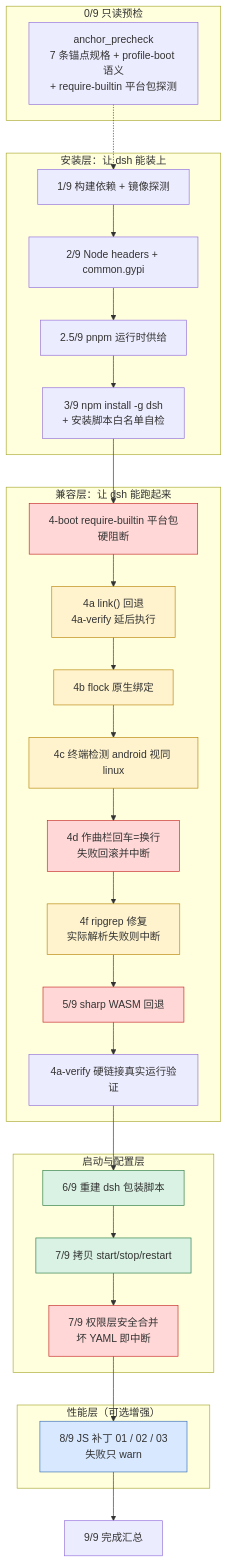
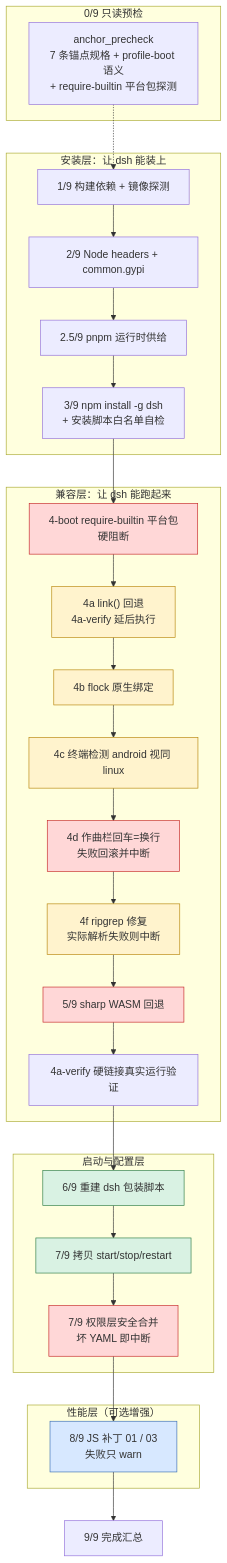
One commit to Xieansecn/deepseek-harness-android changed the first of 4 diagrams in REPORTS.md. Above: the diagram before and after it, drawn with Mermaid. The commit also changed other lines of this file and 17 other files, not shown here.

````diff
--- a/REPORTS.md
+++ b/REPORTS.md
@@ -365,43 +356,43 @@
 ```mermaid
 flowchart TD
     subgraph P0["0/9 只读预检"]
         A0["anchor_precheck<br/>7 条锚点规格 + profile-boot 语义<br/>+ require-builtin 平台包探测"]
     end
     subgraph INSTALL["安装层：让 dsh 能装上"]
         S1["1/9 构建依赖 + 镜像探测"]
         S2["2/9 Node headers + common.gypi"]
         S25["2.5/9 pnpm 运行时供给"]
         S3["3/9 npm install -g dsh<br/>+ 安装脚本白名单自检"]
     end
     subgraph COMPAT["兼容层：让 dsh 能跑起来"]
         S4A["4-boot require-builtin 平台包<br/>硬阻断"]
         S4B["4a link() 回退<br/>4a-verify 延后执行"]
         S4C["4b flock 原生绑定"]
         S4D["4c 终端检测 android 视同 linux"]
         S4E["4d 作曲栏回车=换行<br/>失败回滚并中断"]
         S4F["4f ripgrep 修复<br/>实际解析失败则中断"]
         S5["5/9 sharp WASM 回退"]
         S4V["4a-verify 硬链接真实运行验证"]
     end
     subgraph CFG["启动与配置层"]
         S6["6/9 重建 dsh 包装脚本"]
         S7A["7/9 拷贝 start/stop/restart"]
         S7B["7/9 权限层安全合并<br/>坏 YAML 即中断"]
     end
     subgraph PERF["性能层（可选增强）"]
-        S8["8/9 JS 补丁 01 / 02 / 03<br/>失败只 warn"]
+        S8["8/9 JS 补丁 01 / 03<br/>失败只 warn"]
     end
     S9["9/9 完成汇总"]
     A0 -.-> S1
     S1 --> S2 --> S25 --> S3 --> S4A --> S4B --> S4C --> S4D
     S4D --> S4E --> S4F --> S5 --> S4V --> S6 --> S7A --> S7B --> S8 --> S9
     classDef hard fill:#ffd7d7,stroke:#c62828,stroke-width:1px;
     classDef warn fill:#fff3cd,stroke:#b8860b,stroke-width:1px;
     classDef opt fill:#d7e8ff,stroke:#3b6fb6,stroke-width:1px;
     classDef ok fill:#d9f2e3,stroke:#2e7d47,stroke-width:1px;
     class S4A,S4E,S5 hard;
     class S4B,S4C,S4D,S4F warn;
     class S7B hard;
     class S8 opt;
     class S6,S7A ok;
 ```
````
